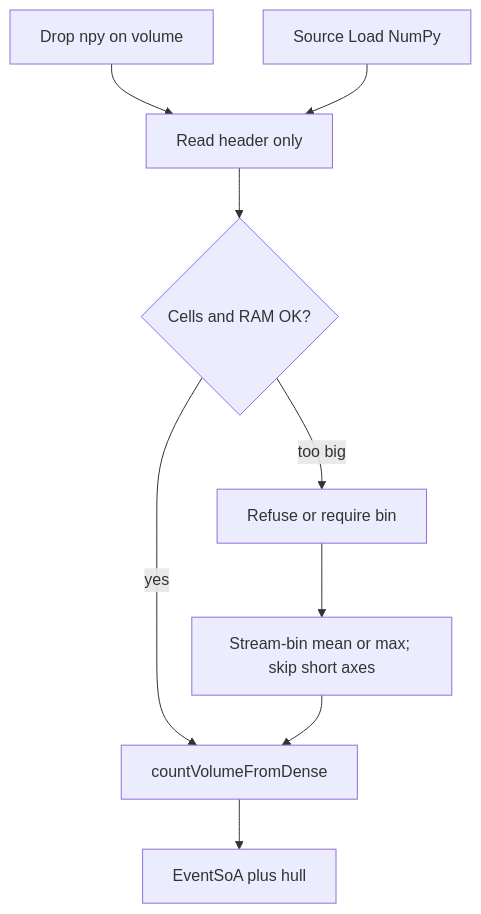
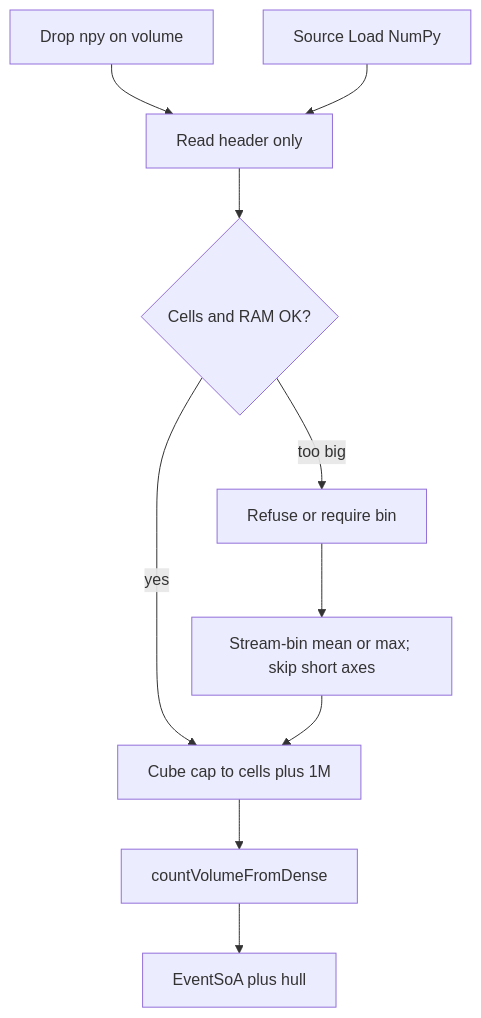
Before and after one commit to PiMaV/DONNER: diagram 11 of 20 in docs/gui.md, drawn with Mermaid. The commit also changed other lines of this file and 11 other files, not shown here.

Commit message:
Shrink About Data and default Cube cap to 2M so a confirmed NumPy load can raise the envelope instead of silently truncating.

````diff
--- a/docs/gui.md
+++ b/docs/gui.md
@@ -366,18 +368,20 @@
 ```mermaid
 flowchart TB
   drop[Drop npy on volume]
   load[Source Load NumPy]
   peek[Read header only]
   gate{Cells and RAM OK?}
   refuse[Refuse or require bin]
   bin[Stream-bin mean or max; skip short axes]
+  cap[Cube cap to cells plus 1M]
   sparse[countVolumeFromDense]
   soa[EventSoA plus hull]
   drop --> peek
   load --> peek
   peek --> gate
-  gate -->|yes| sparse
+  gate -->|yes| cap
   gate -->|too big| refuse
-  refuse --> bin --> sparse
+  refuse --> bin --> cap
+  cap --> sparse
   sparse --> soa
 ```
````
